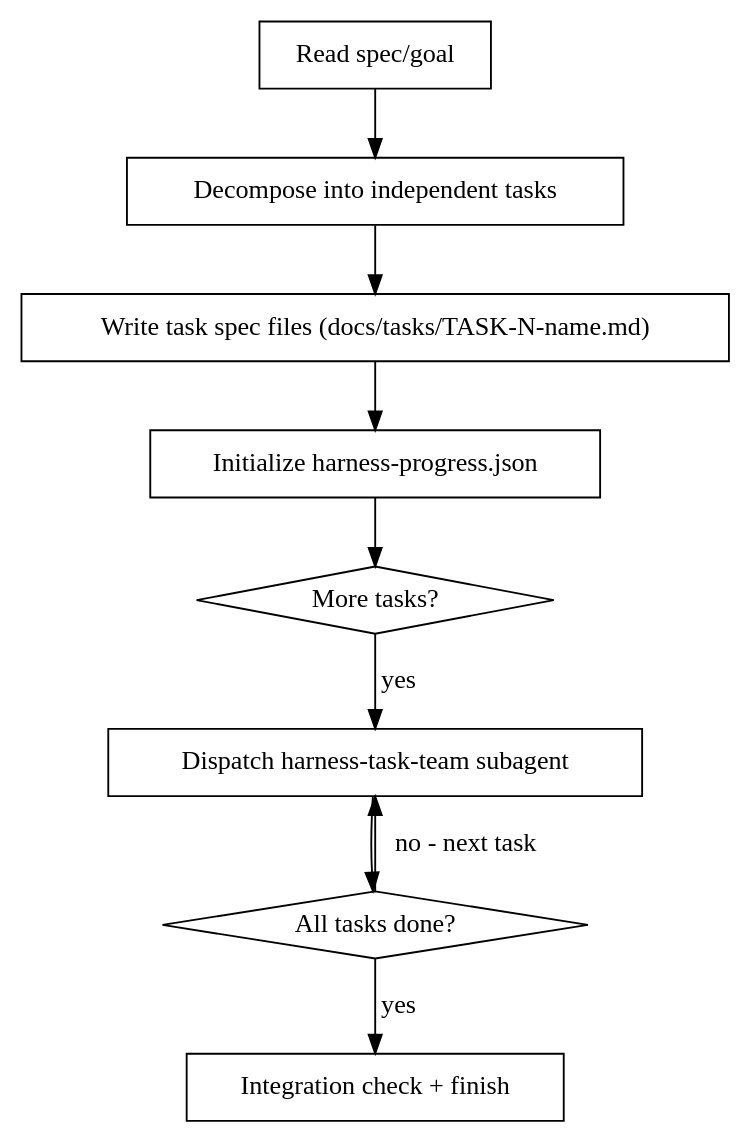
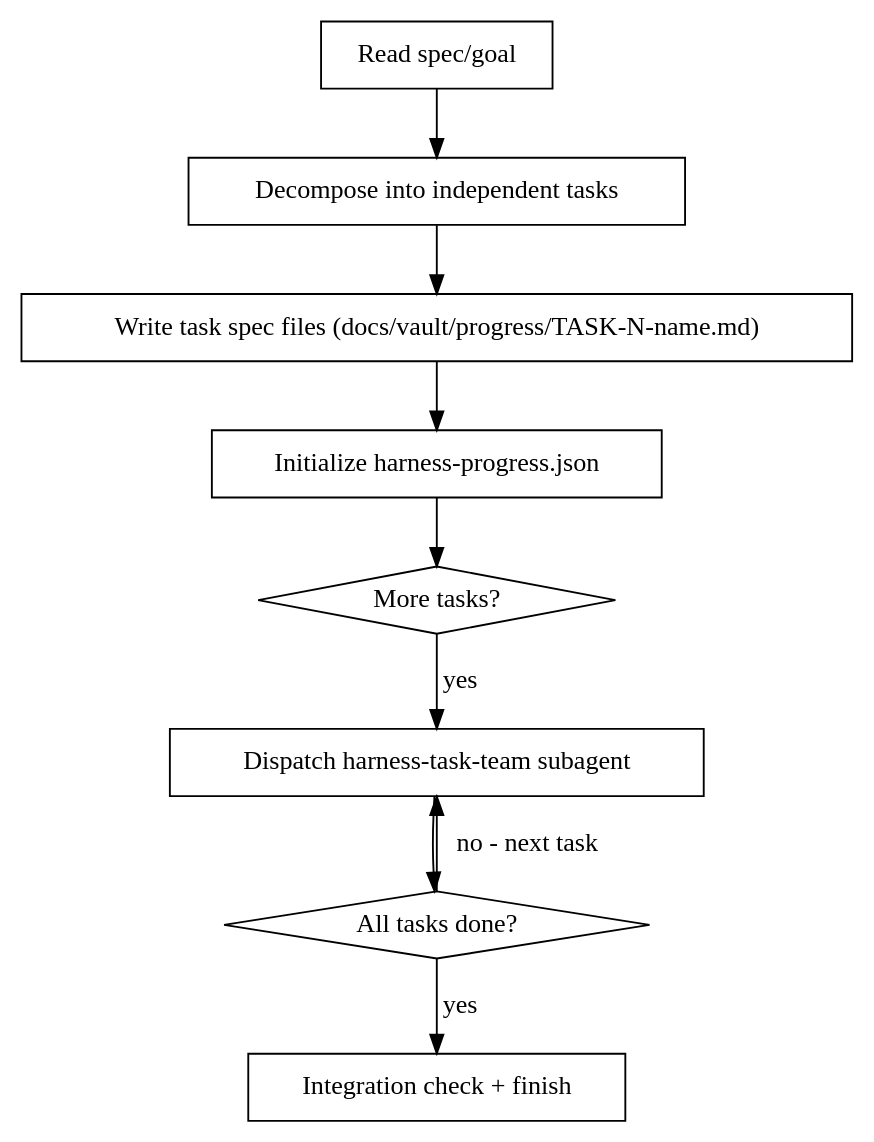
The diagram in harness-orchestrate/SKILL.md (RazvanRotaru/skills), drawn with Graphviz before and after one commit. The commit also changed other lines of this file and 2 other files, not shown here.

Commit message:
chore: update vault path

````diff
--- a/harness-orchestrate/SKILL.md
+++ b/harness-orchestrate/SKILL.md
@@ -22,23 +22,23 @@
 ```dot
 digraph orchestrate {
     rankdir=TB;
 
     "Read spec/goal" [shape=box];
     "Decompose into independent tasks" [shape=box];
-    "Write task spec files (docs/tasks/TASK-N-name.md)" [shape=box];
+    "Write task spec files (docs/vault/progress/TASK-N-name.md)" [shape=box];
     "Initialize harness-progress.json" [shape=box];
     "More tasks?" [shape=diamond];
     "Dispatch harness-task-team subagent" [shape=box];
     "All tasks done?" [shape=diamond];
     "Integration check + finish" [shape=box];
 
     "Read spec/goal" -> "Decompose into independent tasks";
-    "Decompose into independent tasks" -> "Write task spec files (docs/tasks/TASK-N-name.md)";
-    "Write task spec files (docs/tasks/TASK-N-name.md)" -> "Initialize harness-progress.json";
+    "Decompose into independent tasks" -> "Write task spec files (docs/vault/progress/TASK-N-name.md)";
+    "Write task spec files (docs/vault/progress/TASK-N-name.md)" -> "Initialize harness-progress.json";
     "Initialize harness-progress.json" -> "More tasks?";
     "More tasks?" -> "Dispatch harness-task-team subagent" [label="yes"];
     "Dispatch harness-task-team subagent" -> "All tasks done?";
     "All tasks done?" -> "Dispatch harness-task-team subagent" [label="no - next task"];
     "All tasks done?" -> "Integration check + finish" [label="yes"];
 }
 ```
````
